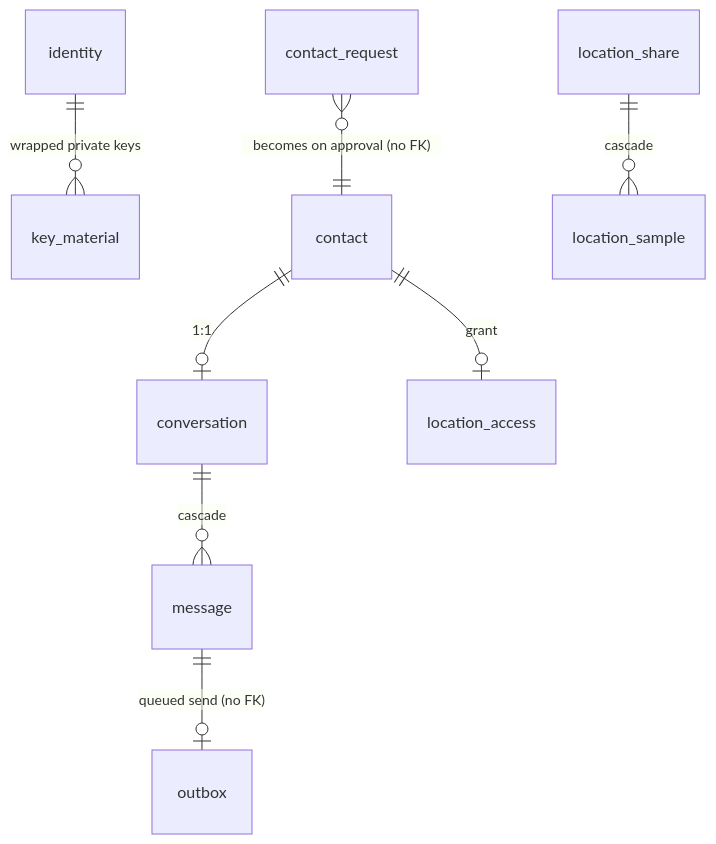
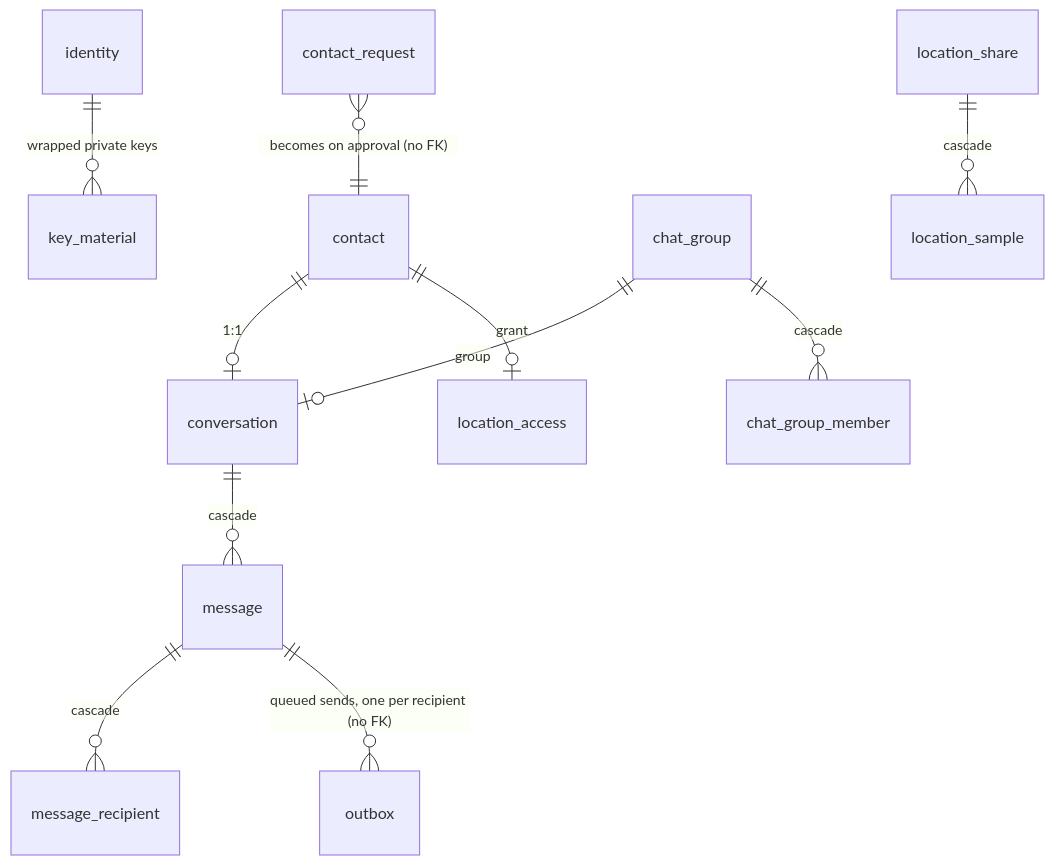
The diagram in docs/Database.md (0xAsghar/vMessenger), drawn with Mermaid before and after one commit. The commit also changed other lines of this file, not shown here.

Commit message:
Docs: Database.md for schema 18

````diff
--- a/docs/Database.md
+++ b/docs/Database.md
@@ -41,10 +43,13 @@
 ```mermaid
 erDiagram
   identity ||--o{ key_material : "wrapped private keys"
   contact ||--o| conversation : "1:1"
+  chat_group ||--o| conversation : "group"
+  chat_group ||--o{ chat_group_member : "cascade"
   contact ||--o| location_access : "grant"
   conversation ||--o{ message : "cascade"
-  message ||--o| outbox : "queued send (no FK)"
+  message ||--o{ message_recipient : "cascade"
+  message ||--o{ outbox : "queued sends, one per recipient (no FK)"
   location_share ||--o{ location_sample : "cascade"
   contact_request }o--|| contact : "becomes on approval (no FK)"
 ```
````
